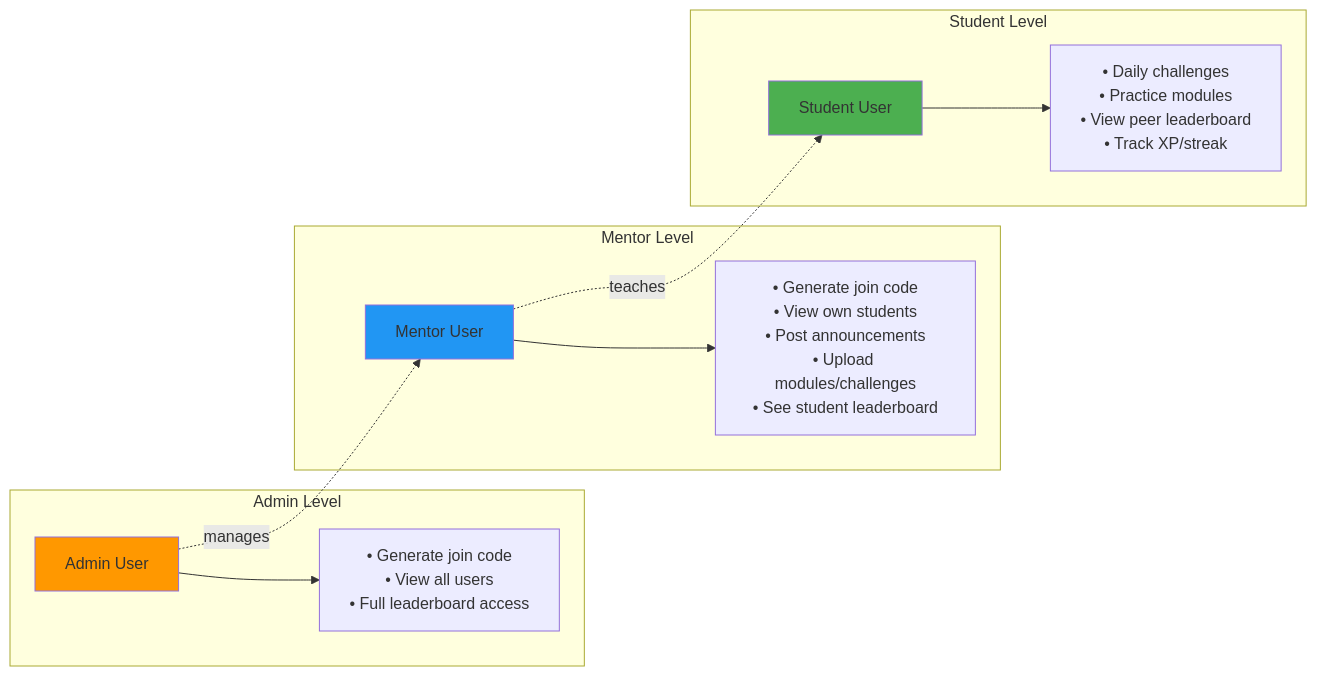
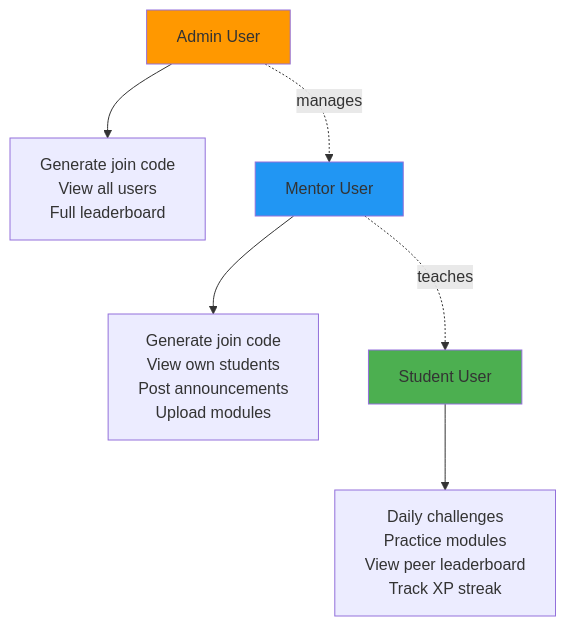
Before and after one commit to Mounikabalagani19/SkillSprint: the fourth of 5 diagrams in README.md, drawn with Mermaid. The commit also changed other lines of this file and 170 other files, not shown here.

````diff
--- a/README.md
+++ b/README.md
@@ -211,29 +183,23 @@
 ```mermaid
-graph LR
-    subgraph "Admin Level"
-        Admin[Admin User]
-        AdminFeatures[• Generate join code<br/>• View all users<br/>• Full leaderboard access]
-    end
+graph TD
+    Admin[Admin User]
+    AdminFeatures["Generate join code<br/>View all users<br/>Full leaderboard"]
     
-    subgraph "Mentor Level"
-        Mentor[Mentor User]
-        MentorFeatures[• Generate join code<br/>• View own students<br/>• Post announcements<br/>• Upload modules/challenges<br/>• See student leaderboard]
-    end
+    Mentor[Mentor User]
+    MentorFeatures["Generate join code<br/>View own students<br/>Post announcements<br/>Upload modules"]
     
-    subgraph "Student Level"
-        Student[Student User]
-        StudentFeatures[• Daily challenges<br/>• Practice modules<br/>• View peer leaderboard<br/>• Track XP/streak]
-    end
+    Student[Student User]
+    StudentFeatures["Daily challenges<br/>Practice modules<br/>View peer leaderboard<br/>Track XP streak"]
     
     Admin --> AdminFeatures
     Admin -.->|manages| Mentor
     
     Mentor --> MentorFeatures
     Mentor -.->|teaches| Student
     
     Student --> StudentFeatures
     
     style Admin fill:#FF9800
     style Mentor fill:#2196F3
     style Student fill:#4CAF50
 ```
````
